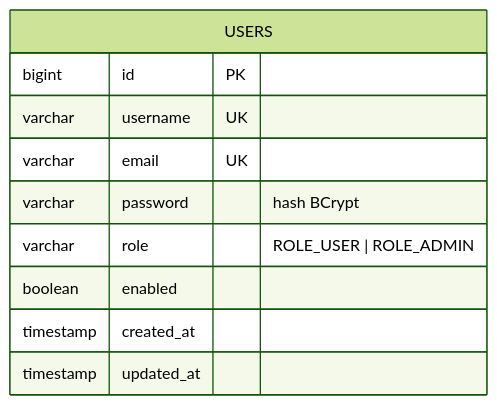
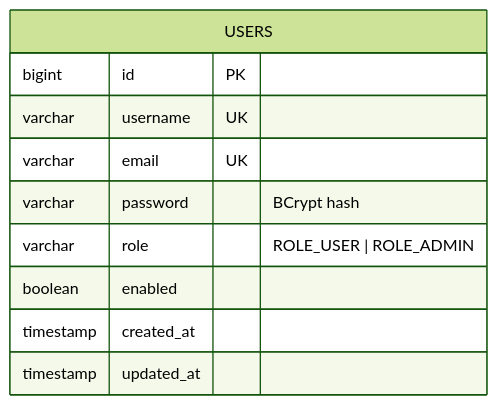
Before and after one commit to carlosgarcia-tech/order-flow: the eighth of 31 diagrams in README.md, drawn with Mermaid (forest theme). The commit also changed other lines of this file, not shown here.

````diff
--- a/README.md
+++ b/README.md
@@ -380,13 +380,13 @@
 ```mermaid
 erDiagram
     USERS {
         bigint id PK
         varchar username UK
         varchar email UK
-        varchar password "hash BCrypt"
+        varchar password "BCrypt hash"
         varchar role "ROLE_USER | ROLE_ADMIN"
         boolean enabled
         timestamp created_at
         timestamp updated_at
     }
 ```
````
